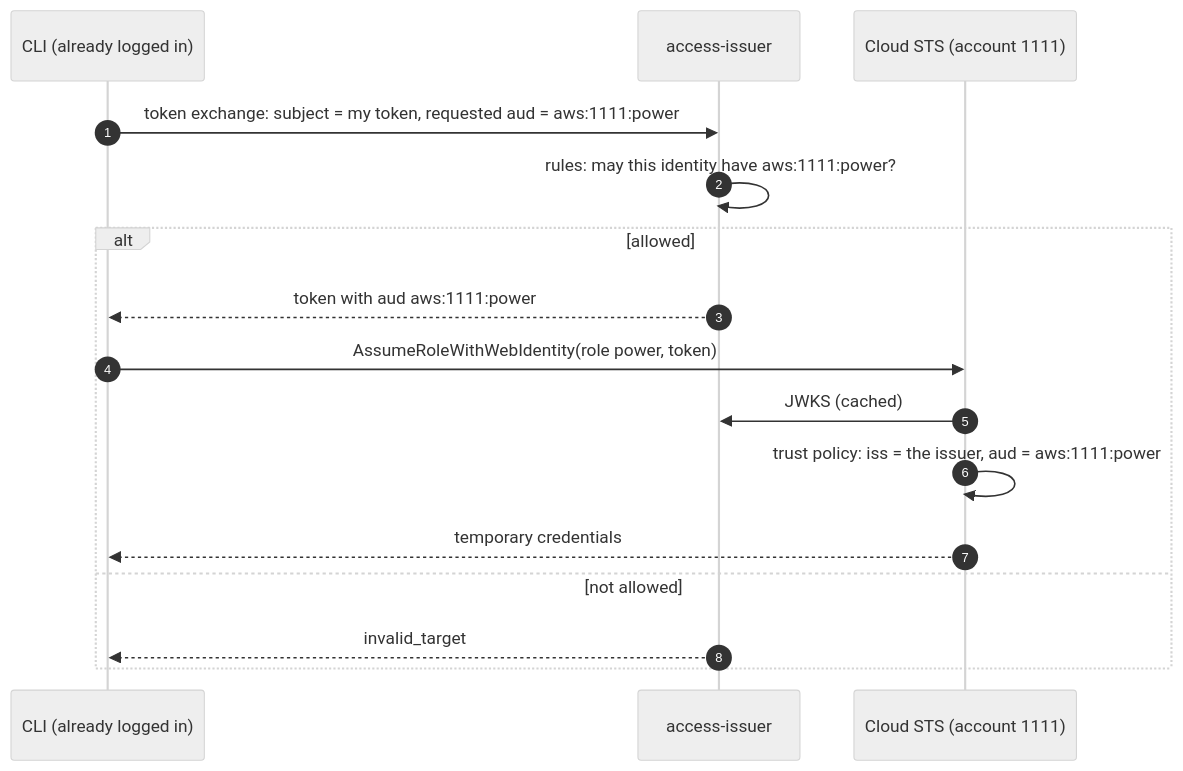
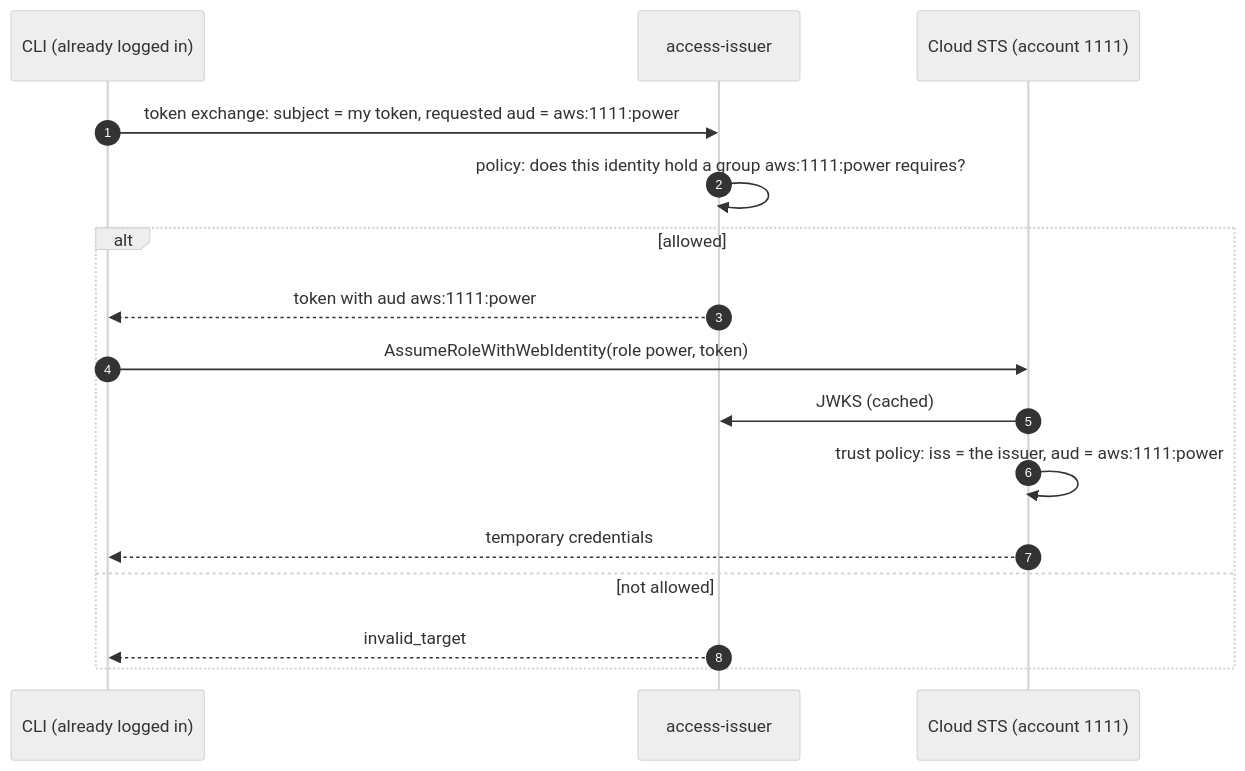
One commit to truvity/access-roster changed the sixth of 11 diagrams in docs/architecture.md. Above: the diagram before and after it, drawn with Mermaid (neutral theme). The commit also changed other lines of this file and 21 other files, not shown here.

````diff
--- a/docs/architecture.md
+++ b/docs/architecture.md
@@ -270,18 +270,18 @@
 ```mermaid
 sequenceDiagram
   autonumber
   participant C as CLI (already logged in)
   participant T as access-issuer
   participant S as Cloud STS (account 1111)
   C->>T: token exchange: subject = my token, requested aud = aws:1111:power
-  T->>T: rules: may this identity have aws:1111:power?
+  T->>T: policy: does this identity hold a group aws:1111:power requires?
   alt allowed
     T-->>C: token with aud aws:1111:power
     C->>S: AssumeRoleWithWebIdentity(role power, token)
     S->>T: JWKS (cached)
     S->>S: trust policy: iss = the issuer, aud = aws:1111:power
     S-->>C: temporary credentials
   else not allowed
     T-->>C: invalid_target
   end
 ```
````
